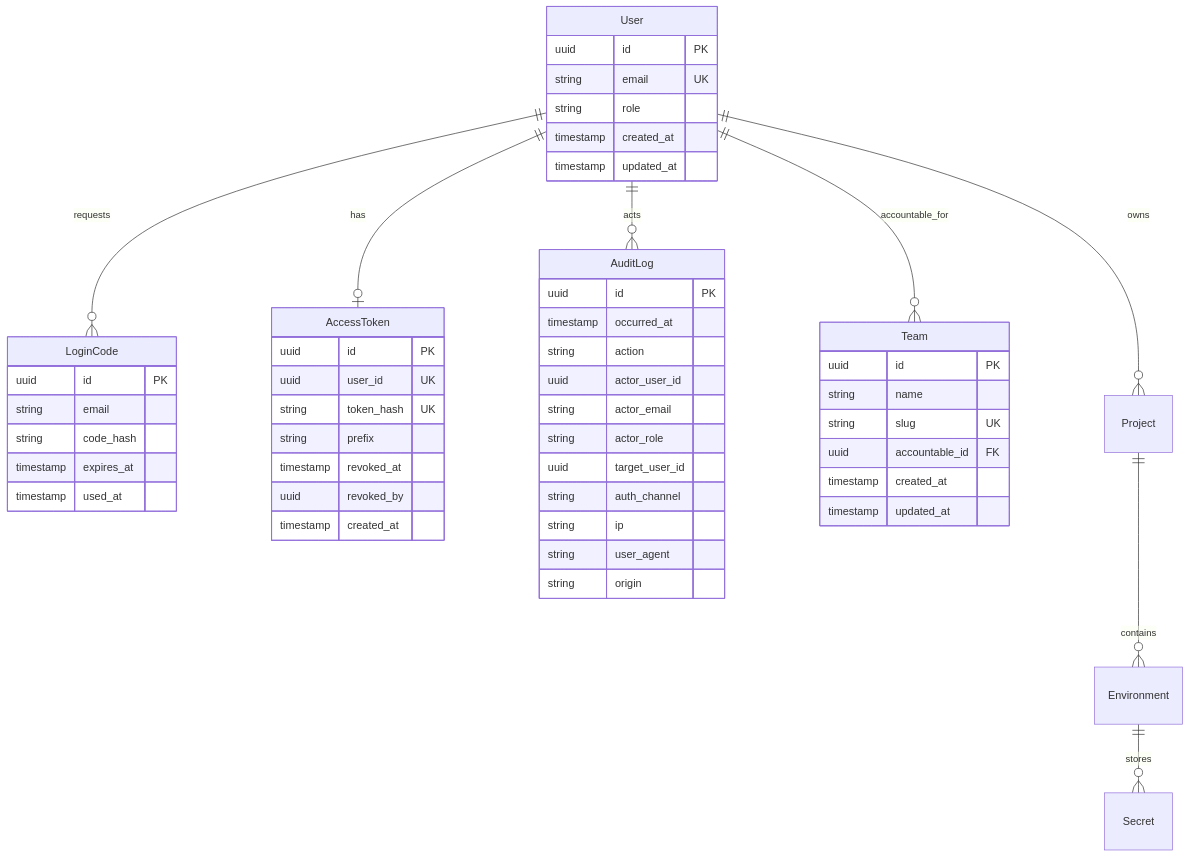
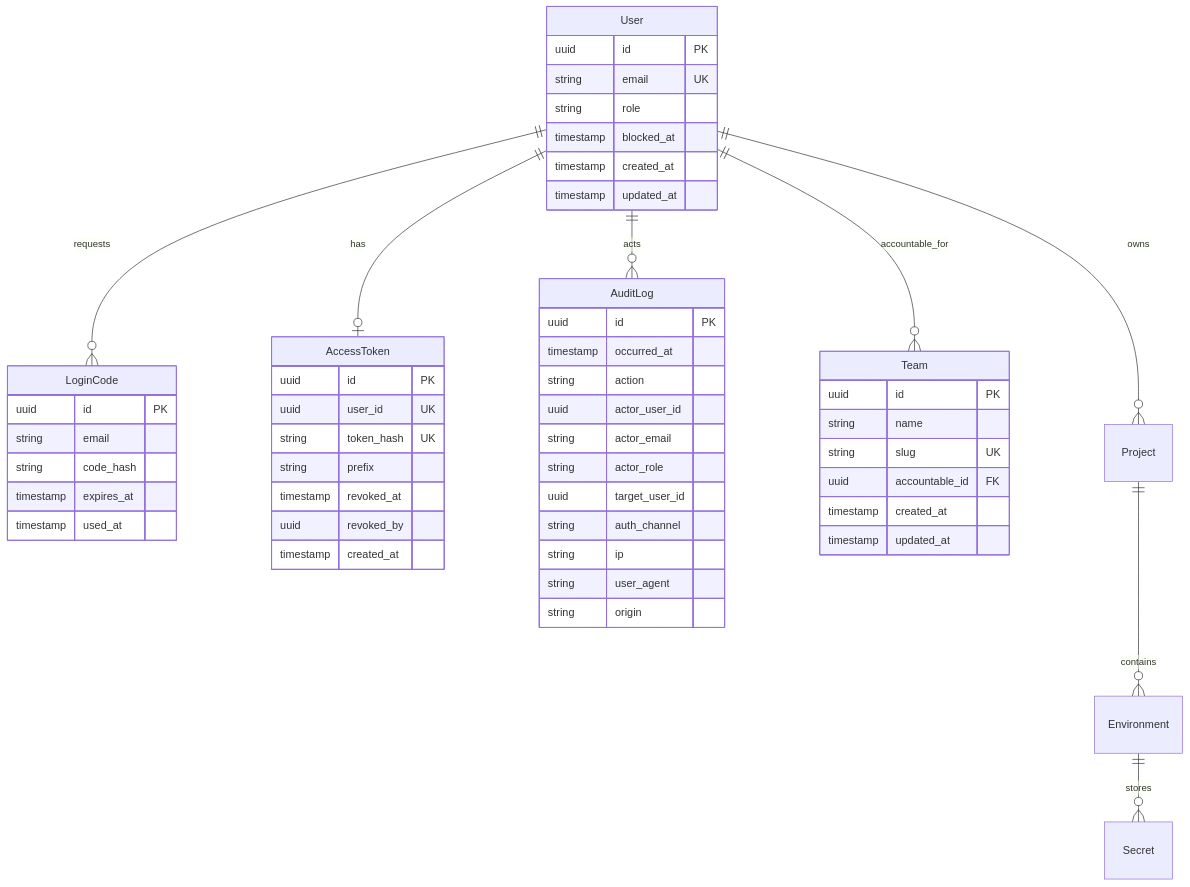
One commit to vmarinho22/envm-vault changed the second of 2 diagrams in docs/architecture.md. Above: the diagram before and after it, drawn with Mermaid. The commit also changed other lines of this file and 45 other files, not shown here.

````diff
--- a/docs/architecture.md
+++ b/docs/architecture.md
@@ -119,59 +122,60 @@
 ```mermaid
 erDiagram
   User ||--o{ LoginCode : requests
   User ||--o| AccessToken : has
   User ||--o{ AuditLog : acts
   User ||--o{ Team : accountable_for
   User ||--o{ Project : owns
   Project ||--o{ Environment : contains
   Environment ||--o{ Secret : stores
 
   User {
     uuid id PK
     string email UK
     string role
+    timestamp blocked_at
     timestamp created_at
     timestamp updated_at
   }
 
   Team {
     uuid id PK
     string name
     string slug UK
     uuid accountable_id FK
     timestamp created_at
     timestamp updated_at
   }
 
   LoginCode {
     uuid id PK
     string email
     string code_hash
     timestamp expires_at
     timestamp used_at
   }
 
   AccessToken {
     uuid id PK
     uuid user_id UK
     string token_hash UK
     string prefix
     timestamp revoked_at
     uuid revoked_by
     timestamp created_at
   }
 
   AuditLog {
     uuid id PK
     timestamp occurred_at
     string action
     uuid actor_user_id
     string actor_email
     string actor_role
     uuid target_user_id
     string auth_channel
     string ip
     string user_agent
     string origin
   }
 ```
````
